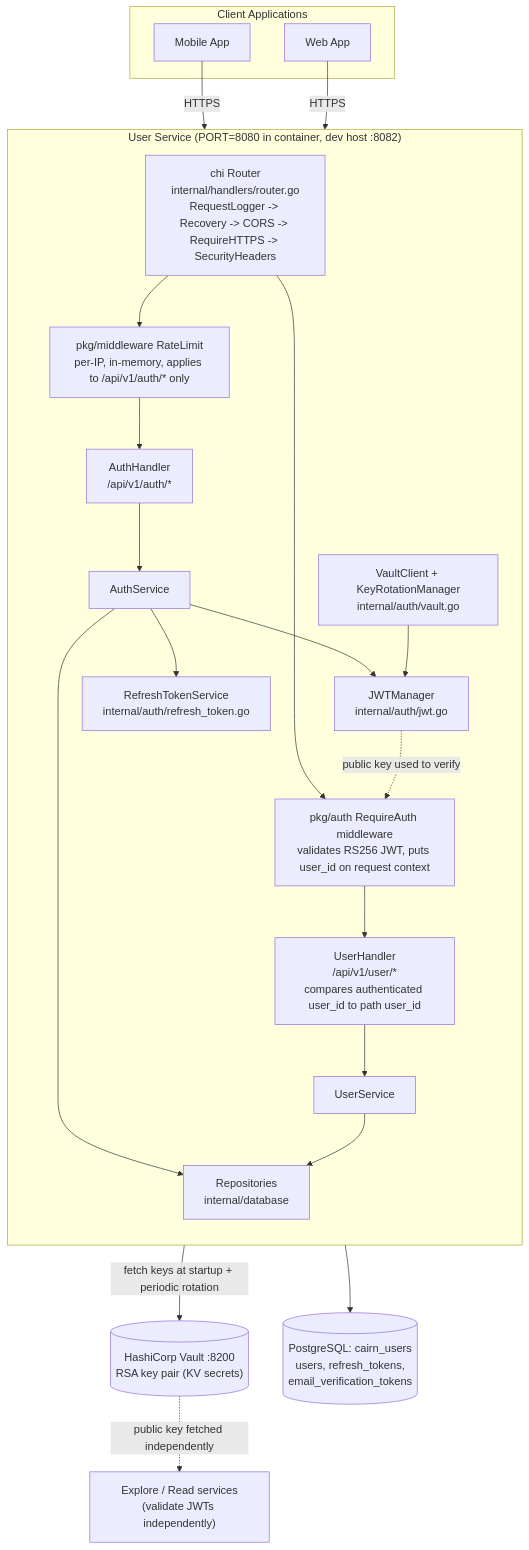
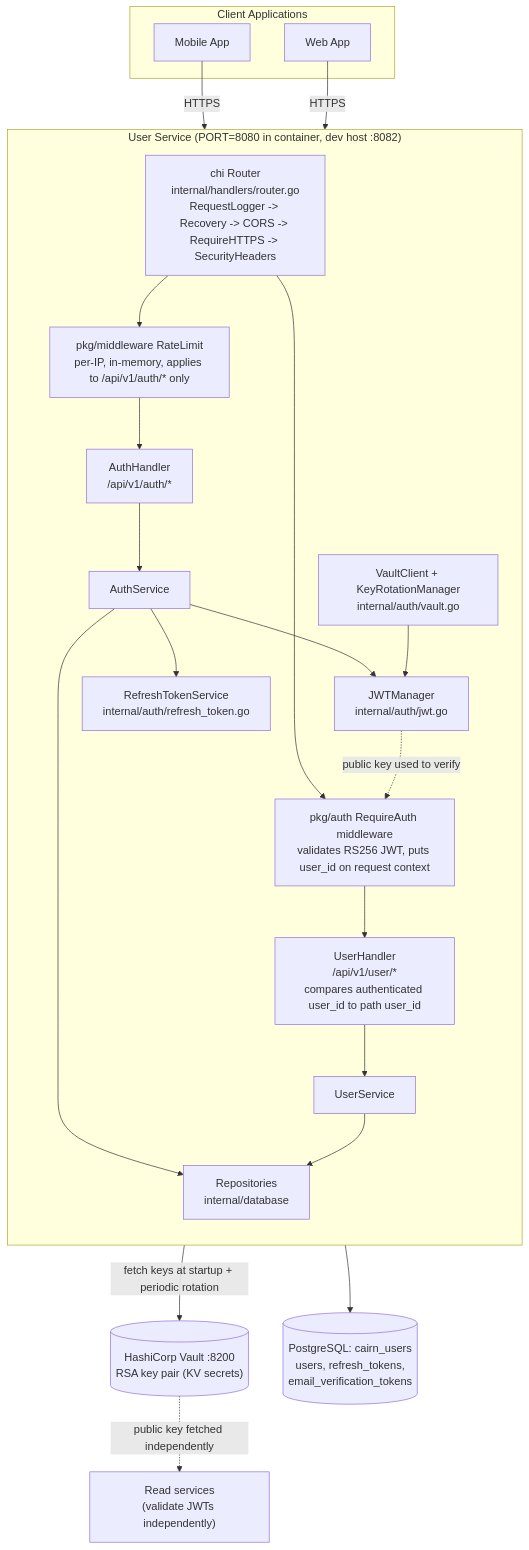
Before and after one commit to andrew-craig/cairn-reader: the fourth of 8 diagrams in docs/ARCHITECTURE.md, drawn with Mermaid. The commit also changed other lines of this file and 24 other files, not shown here.

````diff
--- a/docs/ARCHITECTURE.md
+++ b/docs/ARCHITECTURE.md
@@ -334,42 +315,42 @@
 ```mermaid
 flowchart TD
     subgraph Clients["Client Applications"]
         MobileApp["Mobile App"]
         WebApp["Web App"]
     end
 
     subgraph US["User Service (PORT=8080 in container, dev host :8082)"]
         direction TB
         Router["chi Router<br/>internal/handlers/router.go<br/>RequestLogger -> Recovery -> CORS -> RequireHTTPS -> SecurityHeaders"]
         RateLimiter["pkg/middleware RateLimit<br/>per-IP, in-memory, applies to /api/v1/auth/* only"]
         AuthMW["pkg/auth RequireAuth middleware<br/>validates RS256 JWT, puts user_id on request context"]
         AuthHandler["AuthHandler<br/>/api/v1/auth/*"]
         UserHandler["UserHandler<br/>/api/v1/user/*<br/>compares authenticated user_id to path user_id"]
         AuthService["AuthService"]
         UserServiceComp["UserService"]
         JWTManager["JWTManager<br/>internal/auth/jwt.go"]
         RefreshTokenService["RefreshTokenService<br/>internal/auth/refresh_token.go"]
         VaultClient["VaultClient + KeyRotationManager<br/>internal/auth/vault.go"]
         Repositories["Repositories<br/>internal/database"]
     end
 
     VaultStore[("HashiCorp Vault :8200<br/>RSA key pair (KV secrets)")]
     DB[("PostgreSQL: cairn_users<br/>users, refresh_tokens,<br/>email_verification_tokens")]
-    OtherSvcs["Explore / Read services<br/>(validate JWTs independently)"]
+    OtherSvcs["Read services<br/>(validate JWTs independently)"]
 
     MobileApp -- HTTPS --> Router
     WebApp -- HTTPS --> Router
     Router --> RateLimiter --> AuthHandler
     Router --> AuthMW --> UserHandler
     AuthHandler --> AuthService
     UserHandler --> UserServiceComp
     AuthService --> JWTManager
     AuthService --> RefreshTokenService
     AuthService --> Repositories
     UserServiceComp --> Repositories
     Repositories --> DB
     VaultClient -- fetch keys at startup + periodic rotation --> VaultStore
     VaultClient --> JWTManager
     JWTManager -. public key used to verify .-> AuthMW
     VaultStore -. public key fetched independently .-> OtherSvcs
 ```
````
